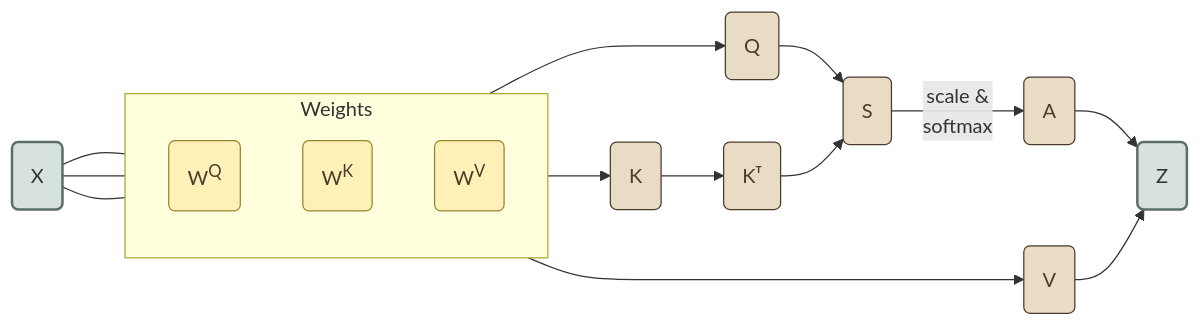
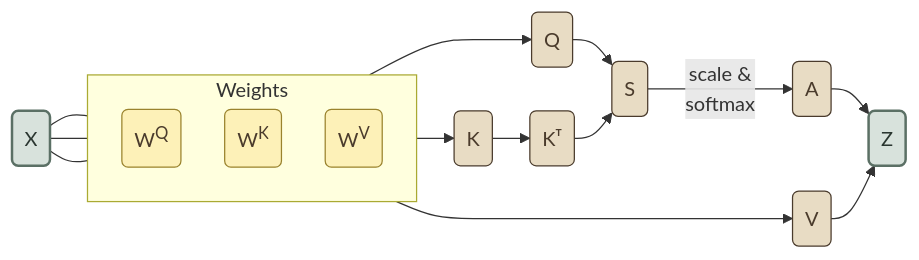
The second of 4 diagrams in src/module-03.qmd (manhowong/transformer-walkthrough), drawn with Mermaid before and after one commit.

Commit message:
updated ch3

````diff
--- a/src/module-03.qmd
+++ b/src/module-03.qmd
@@ -182,48 +182,52 @@
 ```{mermaid}
 ---
 config:
   themeVariables:
     fontFamily: "monospace"
+  flowchart:
+    nodeSpacing: 35
+    rankSpacing: 30
+    padding: 10
 ---
 flowchart LR
     X("X")
     
     subgraph Weights
         direction TB
         WQ("W<sup>Q</sup>")
         WK("W<sup>K</sup>")
         WV("W<sup>V</sup>")
     end
 
     Q(Q)
     K(K)
     V(V)
     A(A)
     KT("Kᵀ")
     S("S")
     A("A")
     Z("Z")
 
     X --- WQ & WK & WV
     WQ --> Q
     WK --> K
     WV --> V
 
     Q --> S
     K --> KT --> S
-    S -->|"scale &<br>softmax"| A
+    S --->|"scale &<br>softmax"| A
     A --> Z
     V --> Z
 
     style X fill:#d8e2dc,stroke:#5b7065,color:#2a3630,stroke-width:2px
     style Z fill:#d8e2dc,stroke:#5b7065,color:#2a3630,stroke-width:2px
     style WQ fill:#fdf1b8,stroke:#9a832d,color:#4a3b2c
     style WK fill:#fdf1b8,stroke:#9a832d,color:#4a3b2c
     style WV fill:#fdf1b8,stroke:#9a832d,color:#4a3b2c
     style Q fill:#e8dcc4,stroke:#4a3b2c,color:#4a3b2c
     style K fill:#e8dcc4,stroke:#4a3b2c,color:#4a3b2c
     style KT fill:#e8dcc4,stroke:#4a3b2c,color:#4a3b2c
     style V fill:#e8dcc4,stroke:#4a3b2c,color:#4a3b2c
     style S fill:#e8dcc4,stroke:#4a3b2c,color:#4a3b2c
     style A fill:#e8dcc4,stroke:#4a3b2c,color:#4a3b2c
 ```
````
